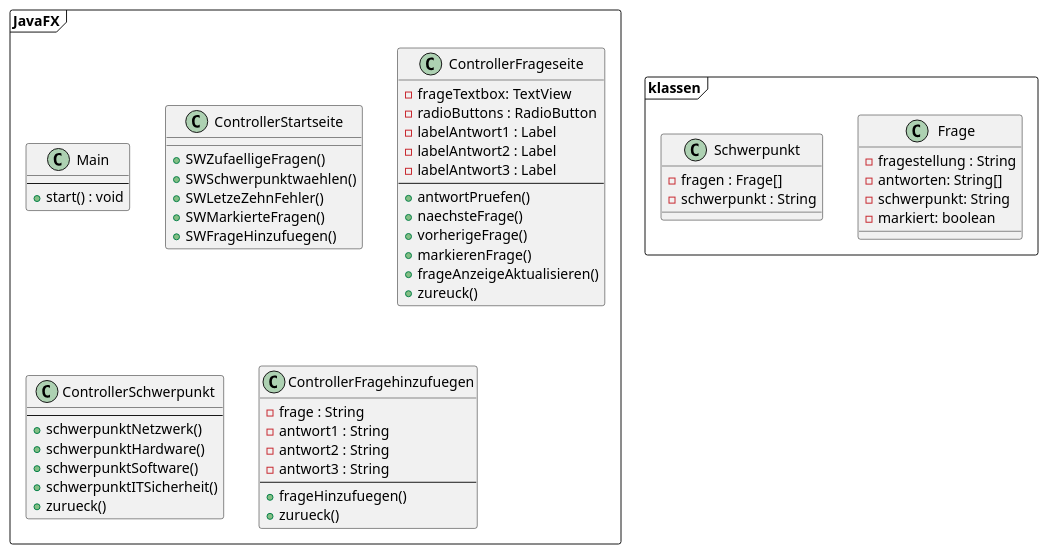
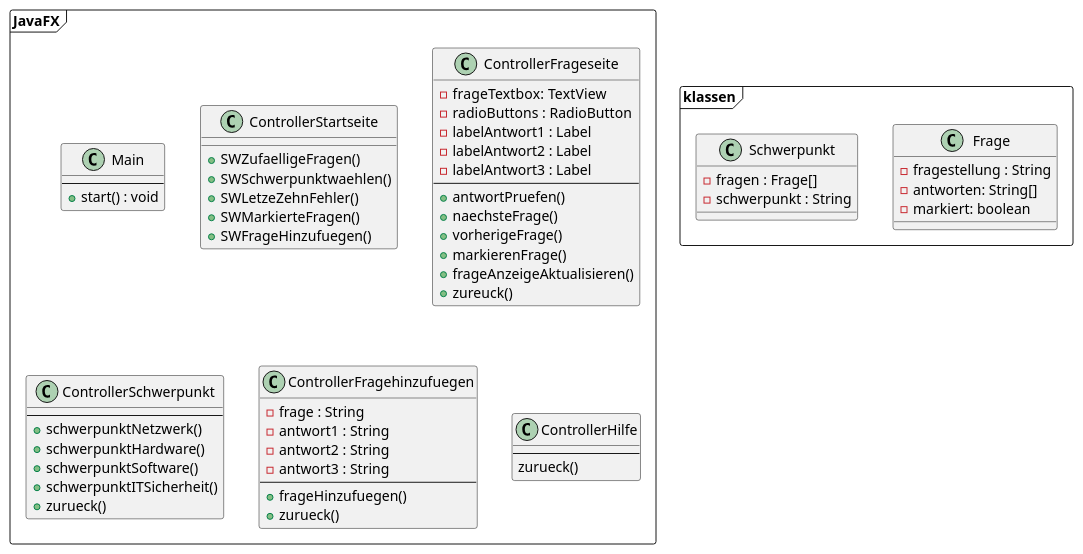
Before and after one commit to DerM0narch/LernApp: the diagram in docs/klassendiagramm.puml, drawn with PlantUML. The commit also changed 6 other files, not shown here.

Commit message:
Erstellen Controller für Seiten, überarbeiten von klassendiagramm.puml

```diff
--- a/docs/klassendiagramm.puml
+++ b/docs/klassendiagramm.puml
@@ -1,69 +1,73 @@
 @startuml klassendiagramm
 
 frame klassen{
 class Frage {
     - fragestellung : String
     - antworten: String[]
-    - schwerpunkt: String
     - markiert: boolean
 }
 
 class Schwerpunkt {
     - fragen : Frage[]
     - schwerpunkt : String
 }
 
 
 }
 
 frame JavaFX {
 
 class Main {
     --
     + start() : void
 }
 class ControllerStartseite {
     + SWZufaelligeFragen()
     + SWSchwerpunktwaehlen()
     + SWLetzeZehnFehler()
     + SWMarkierteFragen()
     + SWFrageHinzufuegen()
 }
 
 class ControllerFrageseite {
     - frageTextbox: TextView
     - radioButtons : RadioButton
     - labelAntwort1 : Label
     - labelAntwort2 : Label
     - labelAntwort3 : Label
     --
     + antwortPruefen()
     + naechsteFrage()
     + vorherigeFrage()
     + markierenFrage()
     + frageAnzeigeAktualisieren()
     + zureuck()
 }
 
 class ControllerSchwerpunkt{
     --
     + schwerpunktNetzwerk()
     + schwerpunktHardware()
     + schwerpunktSoftware()
     + schwerpunktITSicherheit()
     + zurueck()
 }
 
 class ControllerFragehinzufuegen{
     - frage : String
     - antwort1 : String
     - antwort2 : String
     - antwort3 : String
     --
     + frageHinzufuegen()
     + zurueck()
 }
 
+class ControllerHilfe{
+--
+zurueck()
+}
+
 }
 
 @enduml
```
